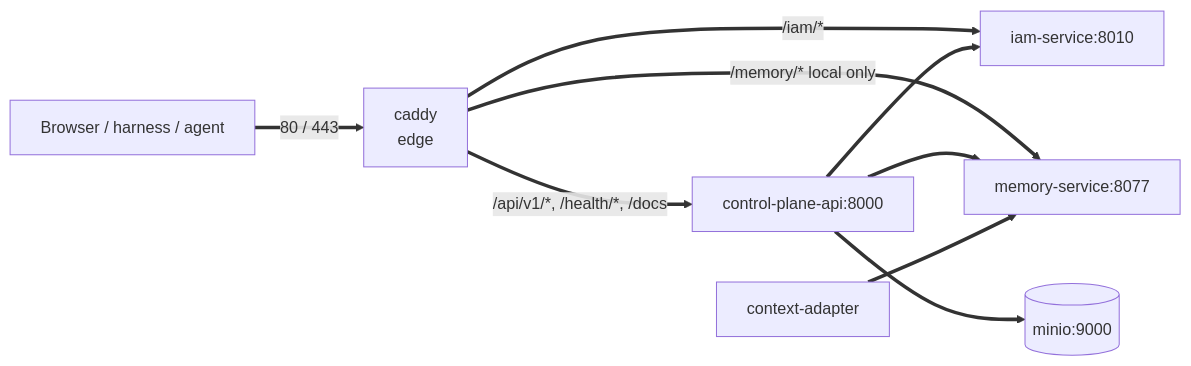
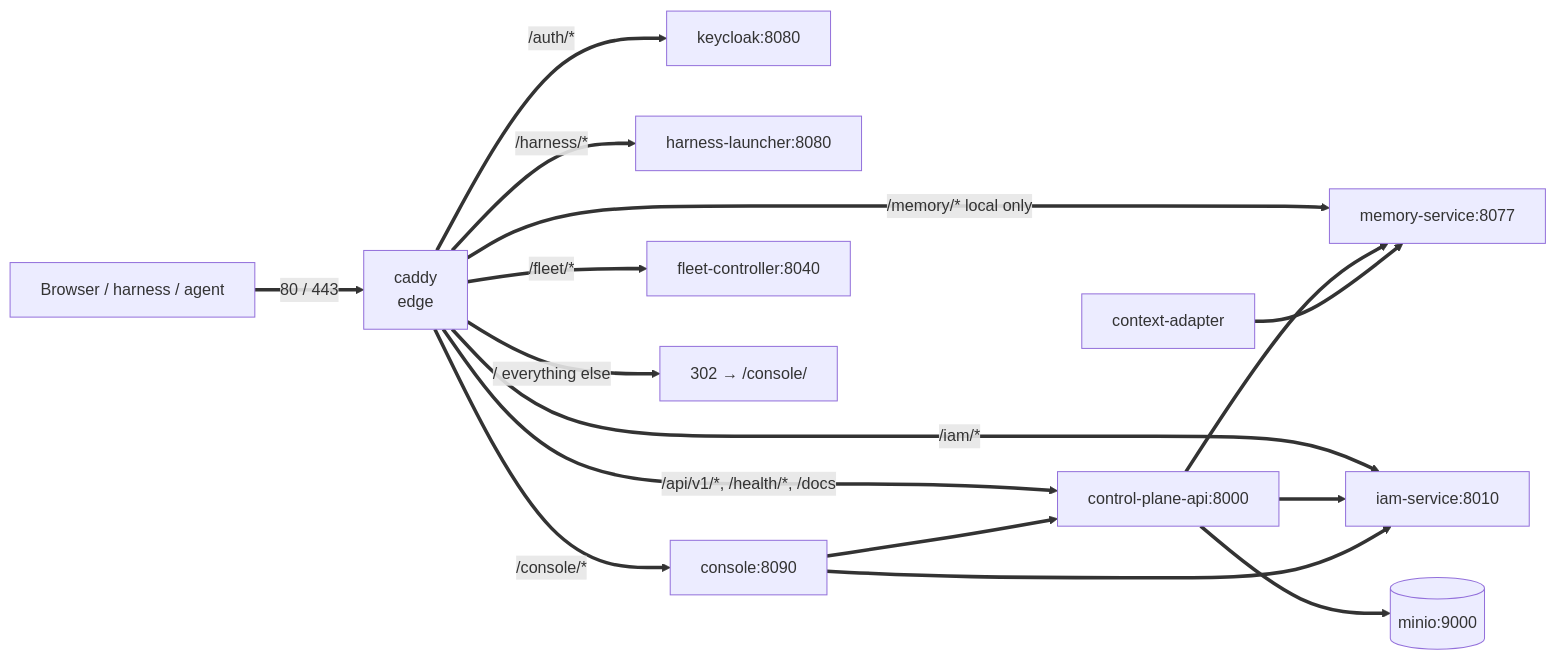
One commit to taimen-ai/taimen changed the diagram in guide/docs/reference/services-and-ports.md. Above: the diagram before and after it, drawn with Mermaid. The commit also changed other lines of this file and 123 other files, not shown here.

First line of the commit message:
guide: fleet, console, assistant and Keycloak sign-in in the public guide

````diff
--- a/guide/docs/reference/services-and-ports.md
+++ b/guide/docs/reference/services-and-ports.md
@@ -13,11 +13,18 @@
 ```mermaid
 flowchart LR
     B[Browser / harness / agent] ==>|80 / 443| CADDY[caddy<br/>edge]
     CADDY ==>|/iam/*| IAM[iam-service:8010]
     CADDY ==>|/api/v1/*, /health/*, /docs| CP[control-plane-api:8000]
+    CADDY ==>|/auth/*| KC[keycloak:8080]
+    CADDY ==>|/harness/*| HL[harness-launcher:8080]
+    CADDY ==>|/console/*| CON[console:8090]
+    CADDY ==>|/fleet/*| FC[fleet-controller:8040]
     CADDY ==>|/memory/* local only| MEM[memory-service:8077]
+    CADDY ==>|/ everything else| R[302 → /console/]
     CP ==> MEM
     CP ==> MINIO[(minio:9000)]
     CP ==> IAM
     CA[context-adapter] ==> MEM
+    CON ==> CP
+    CON ==> IAM
 ```
````
